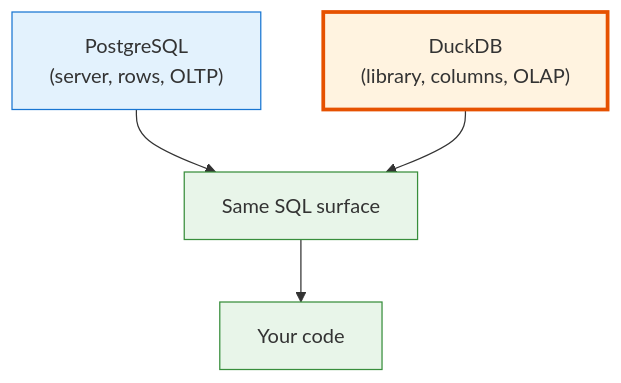
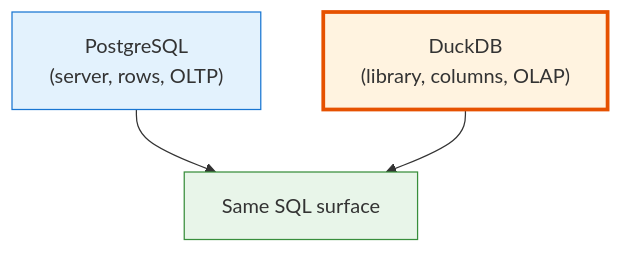
The first of 4 diagrams in lecture-outlines/day20-duckdb-notebooks/slides.md (ufdatastudio/cop5725fa26), drawn with Mermaid before and after one commit. The commit also changed other lines of this file and 50 other files, not shown here.

````diff
--- a/lecture-outlines/day20-duckdb-notebooks/slides.md
+++ b/lecture-outlines/day20-duckdb-notebooks/slides.md
@@ -42,15 +48,14 @@
 ```mermaid
 graph TB
   PG["PostgreSQL<br/>(server, rows, OLTP)"]
   DD["DuckDB<br/>(library, columns, OLAP)"]
   Both["Same SQL surface"]
   PG --> Both
   DD --> Both
-  Both --> Apps["Your code"]
   classDef pg fill:#e3f2fd,stroke:#1976d2
   classDef dd fill:#fff3e0,stroke:#e65100,stroke-width:3px
   classDef shared fill:#e8f5e9,stroke:#388e3c
   class PG pg
   class DD dd
-  class Both,Apps shared
+  class Both shared
 ```
````
